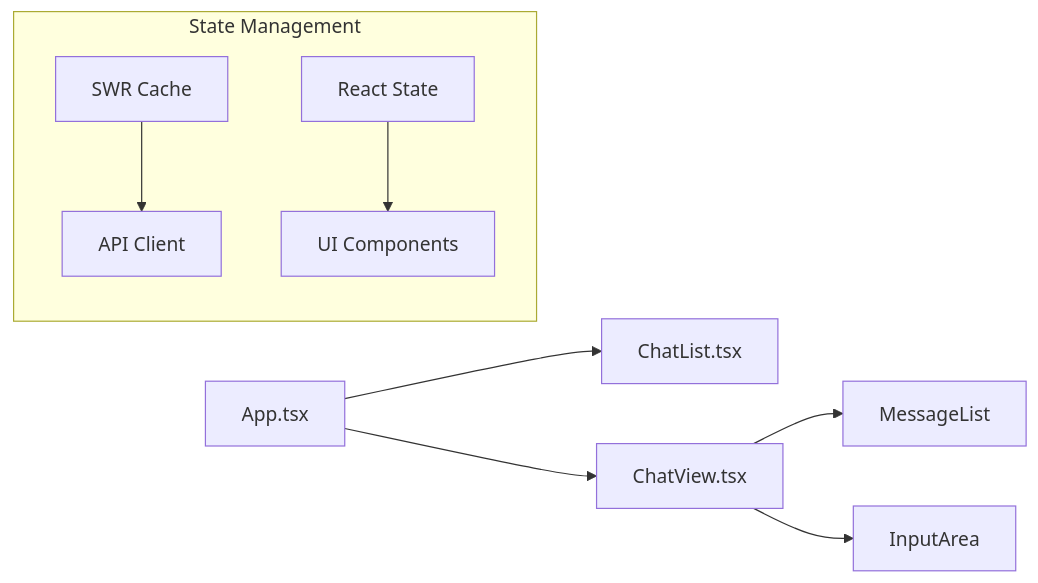
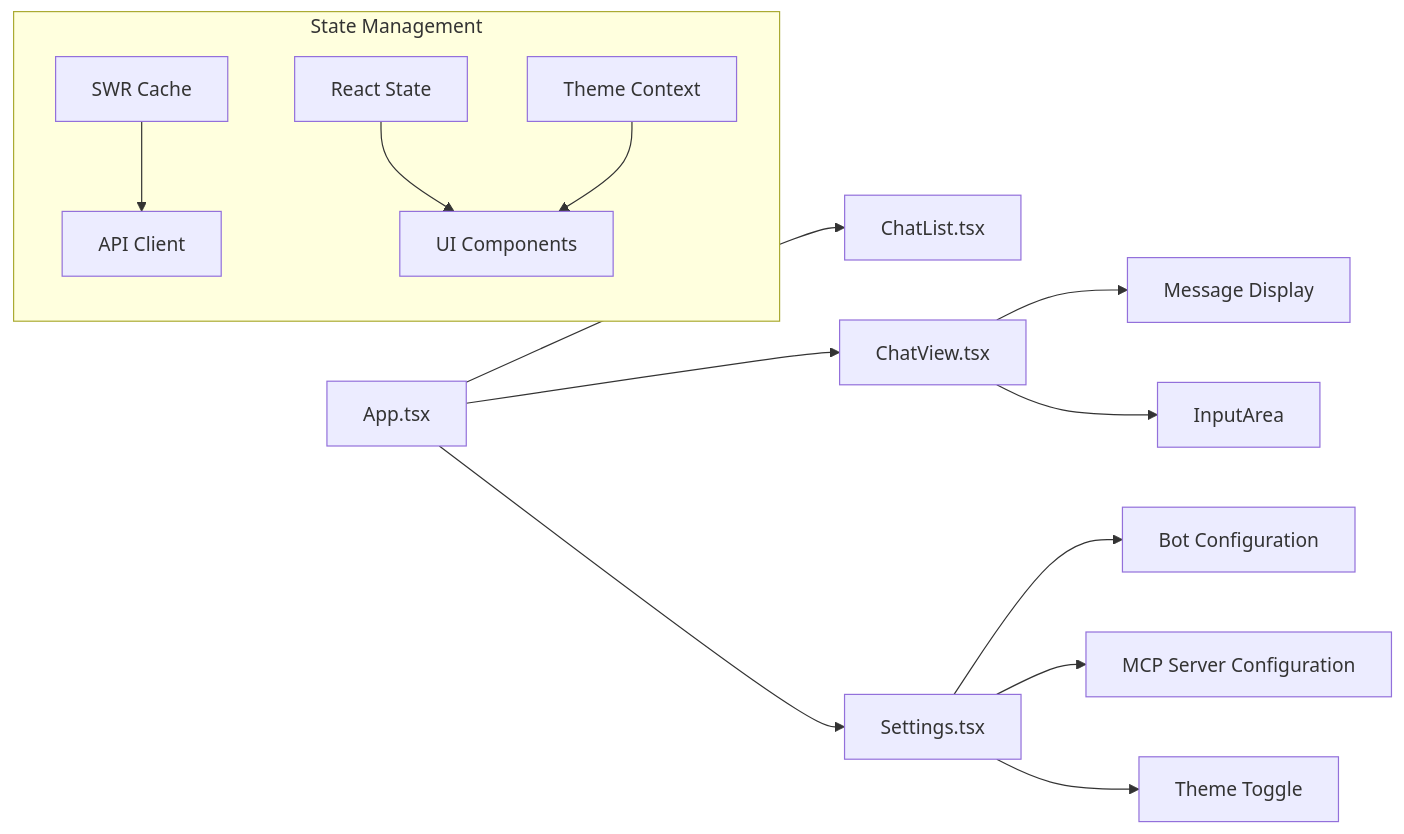
One commit to luohy15/y-gui changed the second of 3 diagrams in memory-bank/systemPatterns.md. Above: the diagram before and after it, drawn with Mermaid. The commit also changed other lines of this file and 21 other files, not shown here.

Commit message:
bot & mcp config display

````diff
--- a/memory-bank/systemPatterns.md
+++ b/memory-bank/systemPatterns.md
@@ -55,12 +55,17 @@
 ```mermaid
 flowchart LR
     App[App.tsx] --> ChatList[ChatList.tsx]
     App --> ChatView[ChatView.tsx]
-    ChatView --> MessageList[MessageList]
+    App --> Settings[Settings.tsx]
+    ChatView --> MessageDisplay[Message Display]
     ChatView --> InputArea[InputArea]
+    Settings --> BotConfig[Bot Configuration]
+    Settings --> McpConfig[MCP Server Configuration]
+    Settings --> ThemeToggle[Theme Toggle]
 
     subgraph "State Management"
         SWR[SWR Cache] --> API[API Client]
         LocalState[React State] --> UI[UI Components]
+        ThemeContext[Theme Context] --> UI
     end
 ```
````
